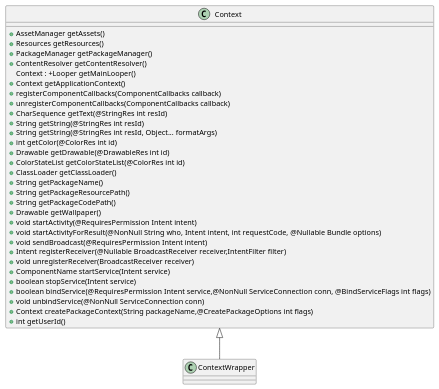
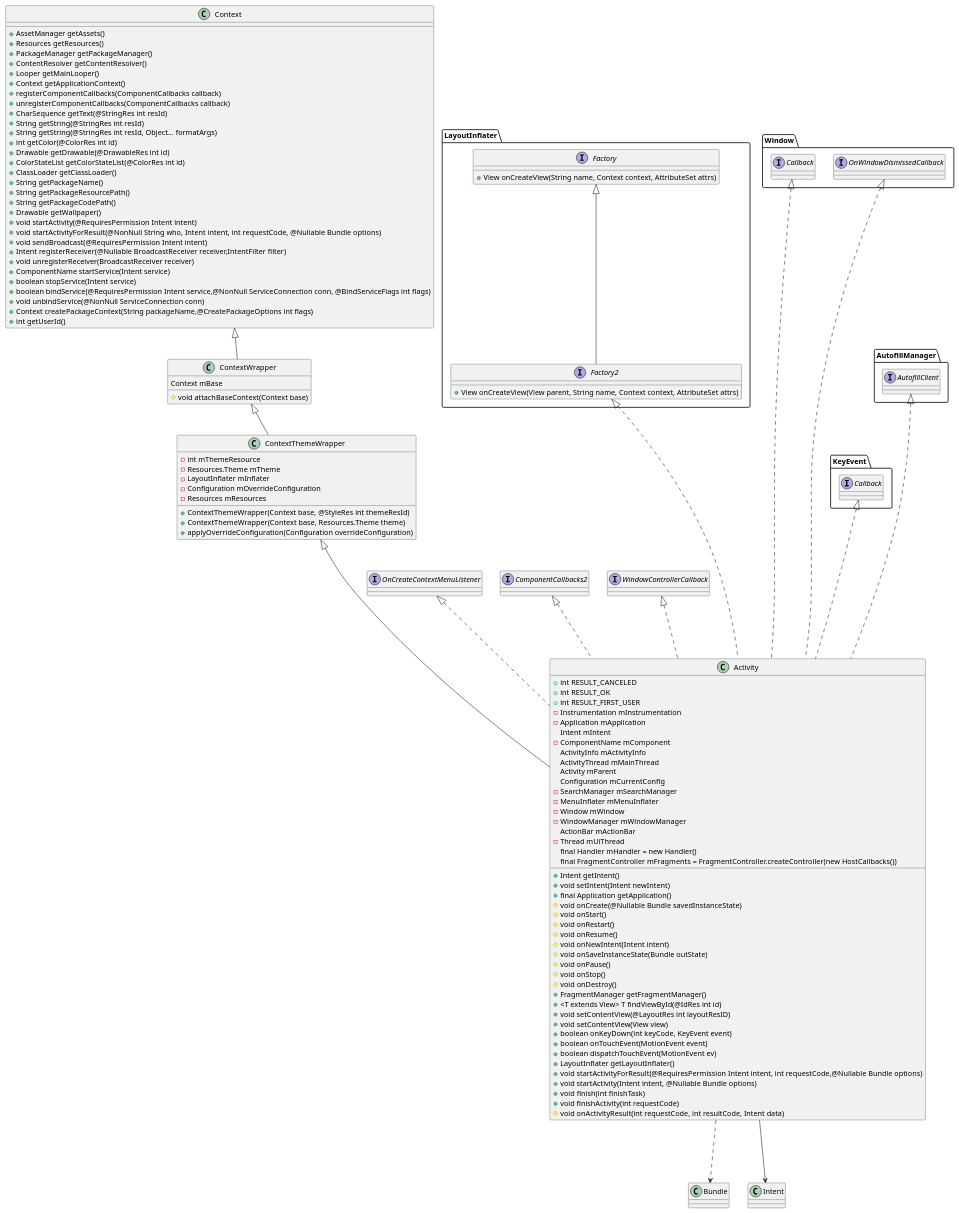
The diagram in app/uml/activity/Activity.puml (hackerlc/GearKJ), drawn with PlantUML before and after one commit. The commit also changed 74 other files, not shown here.

```diff
--- a/app/uml/activity/Activity.puml
+++ b/app/uml/activity/Activity.puml
@@ -1,36 +1,132 @@
 @startuml
 Context <|-- ContextWrapper
 
+ContextWrapper <|-- ContextThemeWrapper
+
+ContextThemeWrapper <|---- Activity
+Activity ...> Bundle
+Activity ---> Intent
+LayoutInflater.Factory <|-- LayoutInflater.Factory2
+LayoutInflater.Factory2 <|..... Activity
+Window.Callback <|...... Activity
+KeyEvent.Callback <|.... Activity
+OnCreateContextMenuListener <|... Activity
+ComponentCallbacks2 <|... Activity
+Window.OnWindowDismissedCallback <|..... Activity
+WindowControllerCallback <|... Activity
+AutofillManager.AutofillClient <|..... Activity
+
+class Activity {
+    +int RESULT_CANCELED
+    +int RESULT_OK
+    +int RESULT_FIRST_USER
+    -Instrumentation mInstrumentation
+    -Application mApplication
+    Intent mIntent
+    -ComponentName mComponent
+    ActivityInfo mActivityInfo
+    ActivityThread mMainThread
+    Activity mParent
+    Configuration mCurrentConfig
+    -SearchManager mSearchManager
+    -MenuInflater mMenuInflater
+    -Window mWindow
+    -WindowManager mWindowManager
+    ActionBar mActionBar
+    -Thread mUiThread
+    +Intent getIntent()
+    +void setIntent(Intent newIntent)
+    +final Application getApplication()
+    {field}final Handler mHandler = new Handler()
+    {field}final FragmentController mFragments = FragmentController.createController(new HostCallbacks())
+    #void onCreate(@Nullable Bundle savedInstanceState)
+    #void onStart()
+    #void onRestart()
+    #void onResume()
+    #void onNewIntent(Intent intent)
+    #void onSaveInstanceState(Bundle outState)
+    #void onPause()
+    #void onStop()
+    #void onDestroy()
+    +FragmentManager getFragmentManager()
+    +<T extends View> T findViewById(@IdRes int id)
+    +void setContentView(@LayoutRes int layoutResID)
+    +void setContentView(View view)
+    +boolean onKeyDown(int keyCode, KeyEvent event)
+    +boolean onTouchEvent(MotionEvent event)
+    +boolean dispatchTouchEvent(MotionEvent ev)
+    +LayoutInflater getLayoutInflater()
+    +void startActivityForResult(@RequiresPermission Intent intent, int requestCode,@Nullable Bundle options)
+    +void startActivity(Intent intent, @Nullable Bundle options)
+    +void finish(int finishTask)
+    +void finishActivity(int requestCode)
+    #void onActivityResult(int requestCode, int resultCode, Intent data)
+}
+class Bundle {
+
+}
+class Intent {
+
+}
+interface LayoutInflater.Factory2 {
+    +View onCreateView(View parent, String name, Context context, AttributeSet attrs)
+}
+interface LayoutInflater.Factory {
+    +View onCreateView(String name, Context context, AttributeSet attrs)
+}
+interface Window.Callback
+interface KeyEvent.Callback
+interface OnCreateContextMenuListener
+interface ComponentCallbacks2
+interface Window.OnWindowDismissedCallback
+interface WindowControllerCallback
+interface AutofillManager.AutofillClient
+
+class ContextThemeWrapper {
+    -int mThemeResource
+    -Resources.Theme mTheme
+    -LayoutInflater mInflater
+    -Configuration mOverrideConfiguration
+    -Resources mResources
+    +ContextThemeWrapper(Context base, @StyleRes int themeResId)
+    +ContextThemeWrapper(Context base, Resources.Theme theme)
+    +applyOverrideConfiguration(Configuration overrideConfiguration)
+}
+
+class ContextWrapper {
+    Context mBase
+    #void attachBaseContext(Context base)
+}
 class Context {
     +AssetManager getAssets()
     +Resources getResources()
     +PackageManager getPackageManager()
     +ContentResolver getContentResolver()
-    Context : +Looper getMainLooper()
+    +Looper getMainLooper()
     +Context getApplicationContext()
     +registerComponentCallbacks(ComponentCallbacks callback)
     +unregisterComponentCallbacks(ComponentCallbacks callback)
     +CharSequence getText(@StringRes int resId)
     +String getString(@StringRes int resId)
     +String getString(@StringRes int resId, Object... formatArgs)
     +int getColor(@ColorRes int id)
     +Drawable getDrawable(@DrawableRes int id)
     +ColorStateList getColorStateList(@ColorRes int id)
     +ClassLoader getClassLoader()
     +String getPackageName()
     +String getPackageResourcePath()
     +String getPackageCodePath()
     +Drawable getWallpaper()
     +void startActivity(@RequiresPermission Intent intent)
     +void startActivityForResult(@NonNull String who, Intent intent, int requestCode, @Nullable Bundle options)
     +void sendBroadcast(@RequiresPermission Intent intent)
     +Intent registerReceiver(@Nullable BroadcastReceiver receiver,IntentFilter filter)
     +void unregisterReceiver(BroadcastReceiver receiver)
     +ComponentName startService(Intent service)
     +boolean stopService(Intent service)
     +boolean bindService(@RequiresPermission Intent service,@NonNull ServiceConnection conn, @BindServiceFlags int flags)
     +void unbindService(@NonNull ServiceConnection conn)
     +Context createPackageContext(String packageName,@CreatePackageOptions int flags)
     +int getUserId()
 }
 @enduml
```
